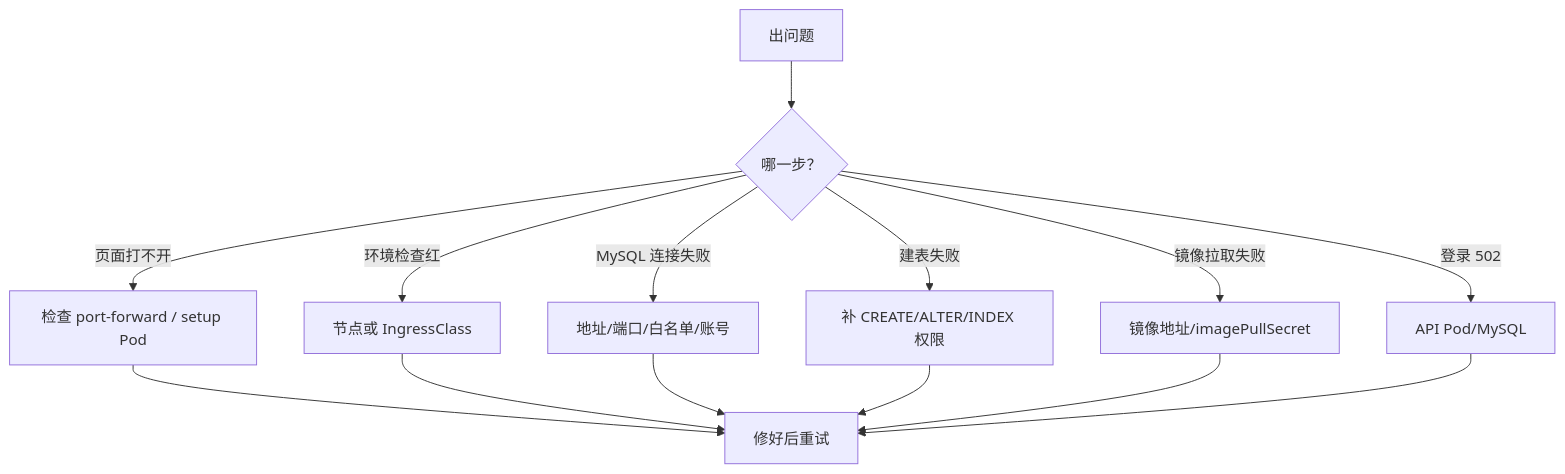
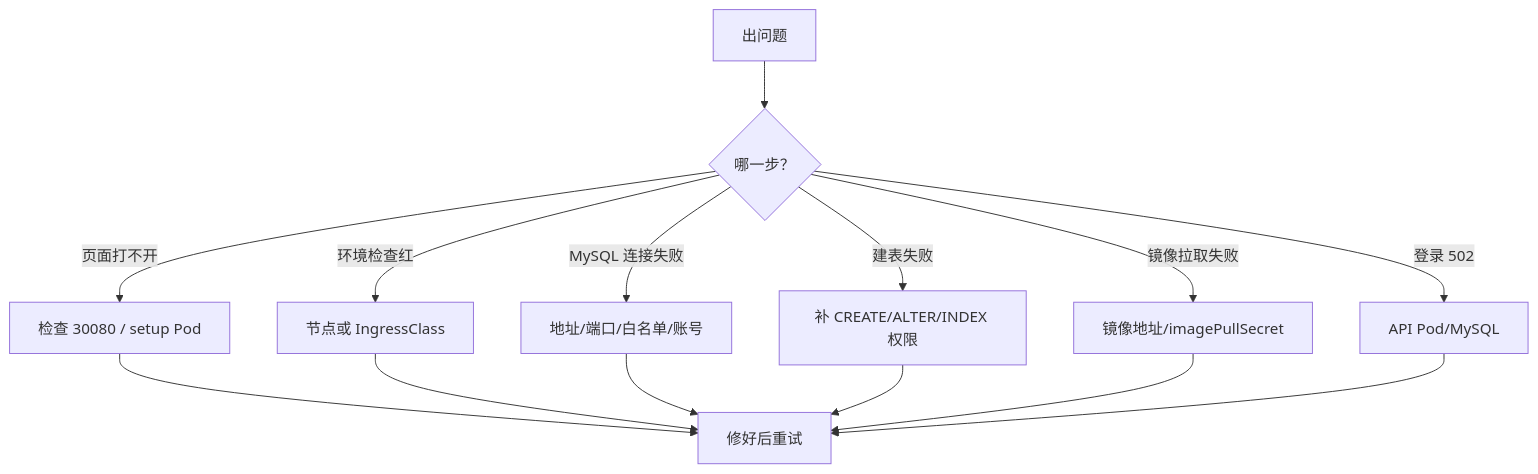
Before and after one commit to todaysu/k8s-platform: the third of 3 diagrams in docs/deployment/install-beginner.md, drawn with Mermaid. The commit also changed other lines of this file and 3 other files, not shown here.

First line of the commit message:
feat: expose setup via NodePort 30080

````diff
--- a/docs/deployment/install-beginner.md
+++ b/docs/deployment/install-beginner.md
@@ -463,16 +478,16 @@
 ```mermaid
 flowchart TD
     A["出问题"] --> B{"哪一步？"}
-    B -->|页面打不开| C["检查 port-forward / setup Pod"]
+    B -->|页面打不开| C["检查 30080 / setup Pod"]
     B -->|环境检查红| D["节点或 IngressClass"]
     B -->|MySQL 连接失败| E["地址/端口/白名单/账号"]
     B -->|建表失败| F["补 CREATE/ALTER/INDEX 权限"]
     B -->|镜像拉取失败| G["镜像地址/imagePullSecret"]
     B -->|登录 502| H["API Pod/MySQL"]
     C --> I["修好后重试"]
     D --> I
     E --> I
     F --> I
     G --> I
     H --> I
 ```
````
